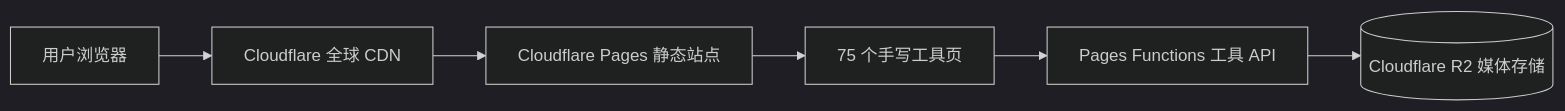
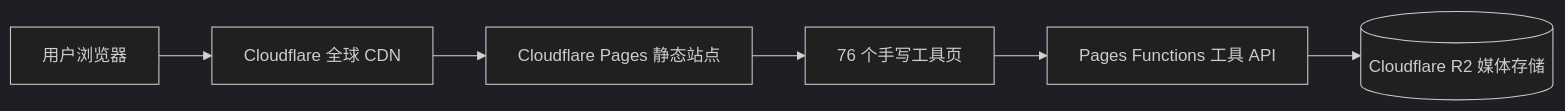
Before and after one commit to YupenBob/clover-tools: the diagram in README.md, drawn with Mermaid (dark theme). The commit also changed other lines of this file and 34 other files, not shown here.

````diff
--- a/README.md
+++ b/README.md
@@ -55,8 +57,8 @@
 ```mermaid
 flowchart LR
   U[用户浏览器] --> CF[Cloudflare 全球 CDN]
   CF --> P[Cloudflare Pages 静态站点]
-  P --> T[75 个手写工具页]
+  P --> T[76 个手写工具页]
   T --> F[Pages Functions 工具 API]
   F --> R2[(Cloudflare R2 媒体存储)]
 ```
````
